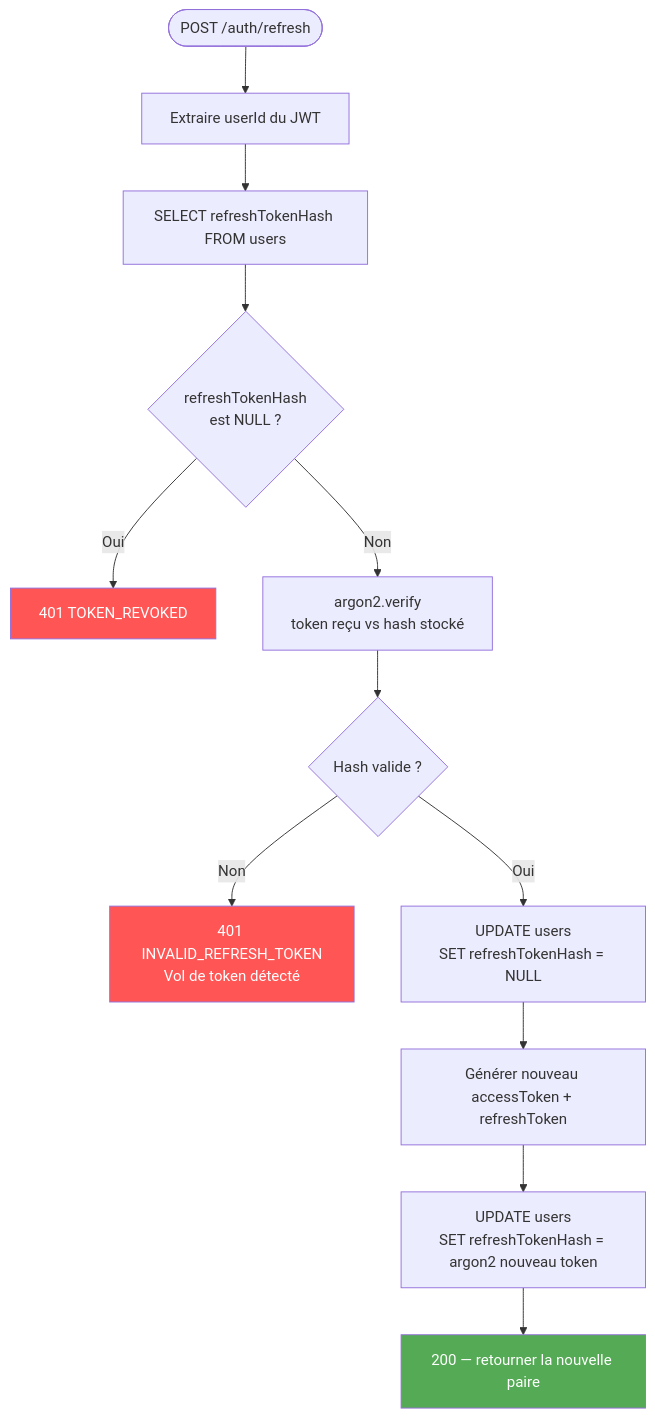
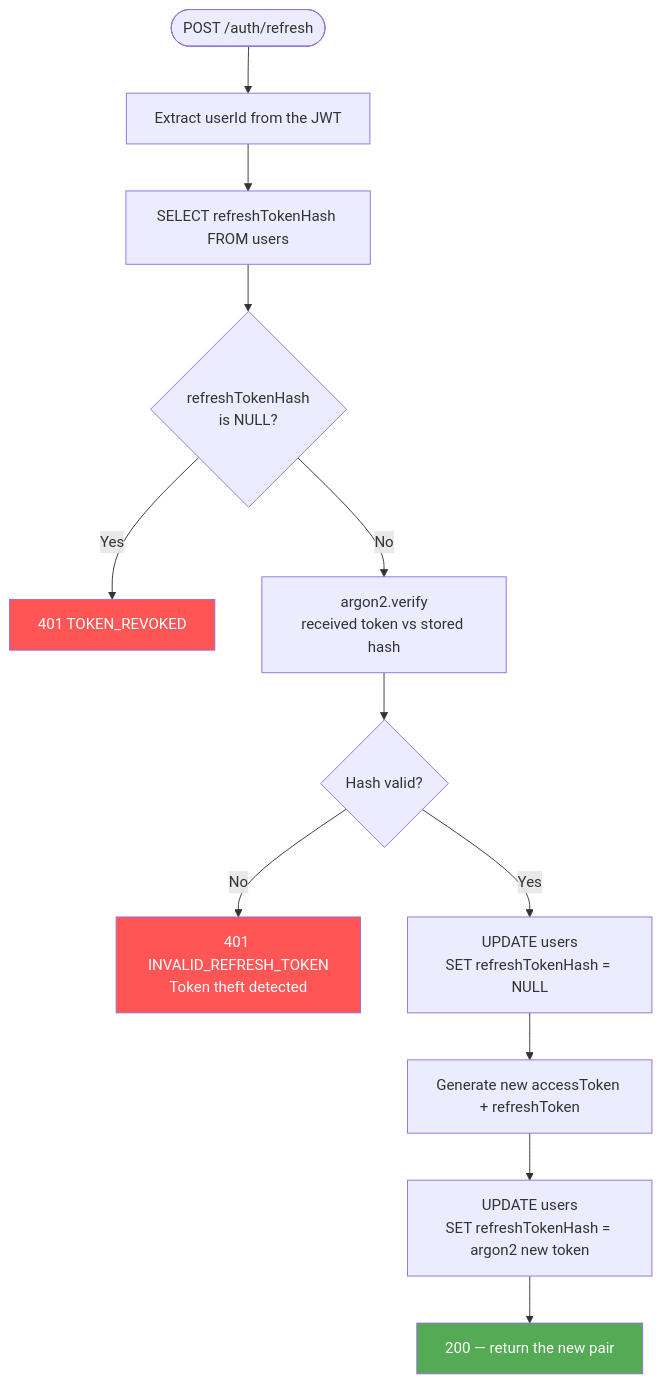
Before and after one commit to creibaud/QuartierConnect: diagram 17 of 23 in docs/RAPPORT-ETAPE2.md, drawn with Mermaid. The commit also changed other lines of this file and 155 other files, not shown here.

````diff
--- a/docs/RAPPORT-ETAPE2.md
+++ b/docs/RAPPORT-ETAPE2.md
@@ -663,18 +663,18 @@
 ```mermaid
 flowchart TD
-    A([POST /auth/refresh]) --> B[Extraire userId du JWT]
+    A([POST /auth/refresh]) --> B[Extract userId from the JWT]
     B --> C[SELECT refreshTokenHash FROM users]
-    C --> D{refreshTokenHash\nest NULL ?}
-    D -- Oui --> E[401 TOKEN_REVOKED]
-    D -- Non --> F[argon2.verify\ntoken reçu vs hash stocké]
-    F --> G{Hash valide ?}
-    G -- Non --> H[401 INVALID_REFRESH_TOKEN\nVol de token détecté]
-    G -- Oui --> I[UPDATE users\nSET refreshTokenHash = NULL]
-    I --> J[Générer nouveau accessToken + refreshToken]
-    J --> K[UPDATE users\nSET refreshTokenHash = argon2 nouveau token]
-    K --> L[200 — retourner la nouvelle paire]
+    C --> D{refreshTokenHash\nis NULL?}
+    D -- Yes --> E[401 TOKEN_REVOKED]
+    D -- No --> F[argon2.verify\nreceived token vs stored hash]
+    F --> G{Hash valid?}
+    G -- No --> H[401 INVALID_REFRESH_TOKEN\nToken theft detected]
+    G -- Yes --> I[UPDATE users\nSET refreshTokenHash = NULL]
+    I --> J[Generate new accessToken + refreshToken]
+    J --> K[UPDATE users\nSET refreshTokenHash = argon2 new token]
+    K --> L[200 — return the new pair]
 
     style E fill:#f55,color:#fff
     style H fill:#f55,color:#fff
     style L fill:#5a5,color:#fff
 ```
````
